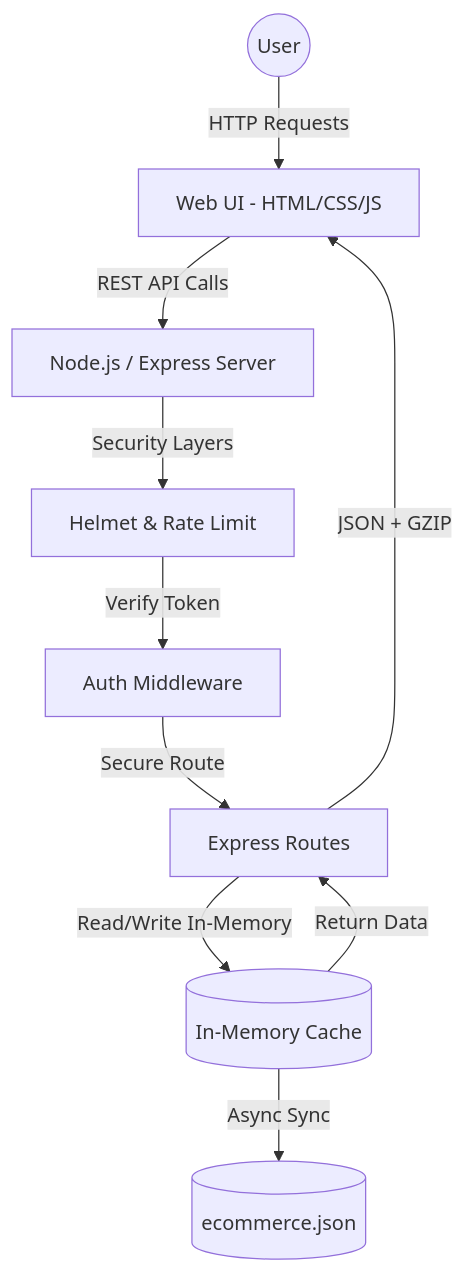
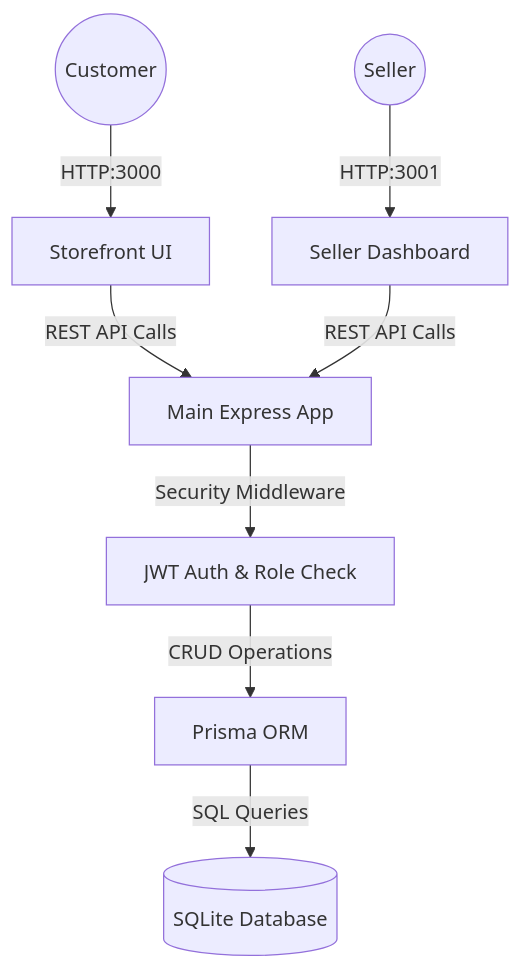
The diagram in README.md (MOHDUBES/CodeAlpha_E-commerce-Store), drawn with Mermaid before and after one commit. The commit also changed other lines of this file, not shown here.

Commit message:
Update README with new architecture and DB details

````diff
--- a/README.md
+++ b/README.md
@@ -48,12 +47,12 @@
 ```mermaid
 graph TD
-    User((User)) -->|HTTP Requests| Frontend[Web UI - HTML/CSS/JS]
-    Frontend -->|REST API Calls| Backend[Node.js / Express Server]
-    Backend -->|Security Layers| Helmet[Helmet & Rate Limit]
-    Helmet -->|Verify Token| AuthLayer[Auth Middleware]
-    AuthLayer -->|Secure Route| Routes[Express Routes]
-    Routes -->|Read/Write In-Memory| DB[(In-Memory Cache)]
-    DB -->|Async Sync| Disk[(ecommerce.json)]
-    DB -->|Return Data| Routes
-    Routes -->|JSON + GZIP| Frontend
+    User((Customer)) -->|HTTP:3000| StoreFront[Storefront UI]
+    Seller((Seller)) -->|HTTP:3001| SellerDash[Seller Dashboard]
+    
+    StoreFront -->|REST API Calls| AppJS[Main Express App]
+    SellerDash -->|REST API Calls| AppJS
+    
+    AppJS -->|Security Middleware| AuthLayer[JWT Auth & Role Check]
+    AuthLayer -->|CRUD Operations| PrismaClient[Prisma ORM]
+    PrismaClient -->|SQL Queries| SQLite[(SQLite Database)]
 ```
````
